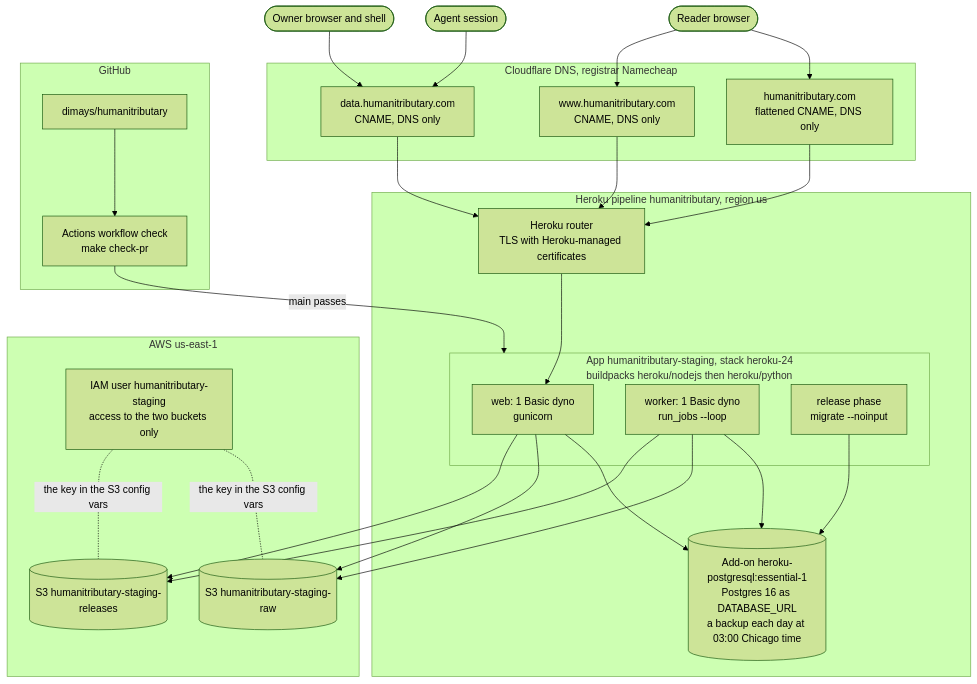
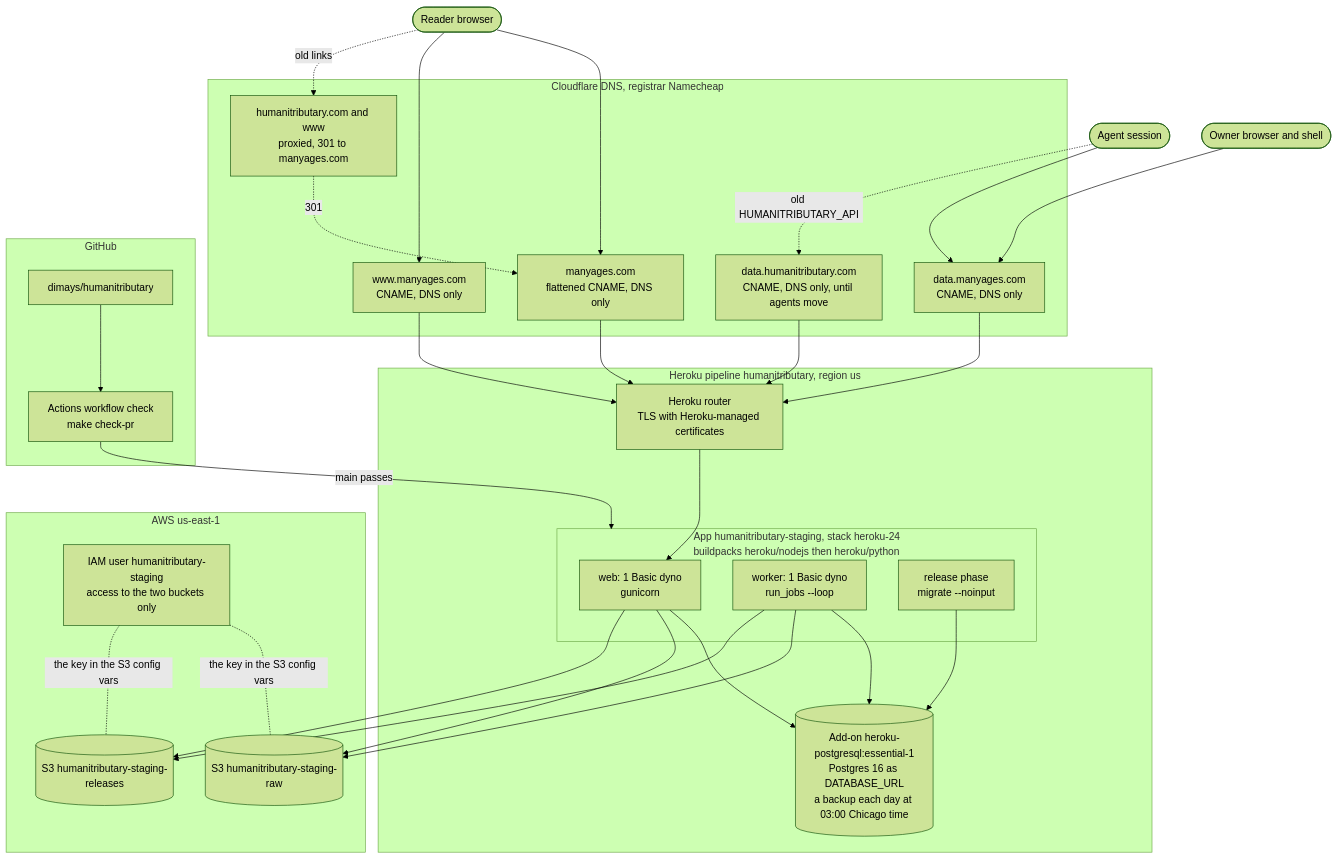
The fourth of 7 diagrams in docs/manual/architecture.md (dimays/humanitributary), drawn with Mermaid (forest theme) before and after one commit. The commit also changed other lines of this file and 44 other files, not shown here.

First line of the commit message:
Rename the site to ManyAges at manyages.com

````diff
--- a/docs/manual/architecture.md
+++ b/docs/manual/architecture.md
@@ -141,39 +141,44 @@
 ```mermaid
 flowchart TB
     reader(["Reader browser"])
     agent(["Agent session"])
     ownerb(["Owner browser and shell"])
     subgraph cf["Cloudflare DNS, registrar Namecheap"]
-        dnsroot["humanitributary.com<br/>flattened CNAME, DNS only"]
-        dnswww["www.humanitributary.com<br/>CNAME, DNS only"]
-        dnsdata["data.humanitributary.com<br/>CNAME, DNS only"]
+        dnsroot["manyages.com<br/>flattened CNAME, DNS only"]
+        dnswww["www.manyages.com<br/>CNAME, DNS only"]
+        dnsdata["data.manyages.com<br/>CNAME, DNS only"]
+        dnsold["humanitributary.com and www<br/>proxied, 301 to manyages.com"]
+        dnsolddata["data.humanitributary.com<br/>CNAME, DNS only, until agents move"]
     end
     subgraph hk["Heroku pipeline humanitributary, region us"]
         router["Heroku router<br/>TLS with Heroku-managed certificates"]
         subgraph app["App humanitributary-staging, stack heroku-24<br/>buildpacks heroku/nodejs then heroku/python"]
             web["web: 1 Basic dyno<br/>gunicorn"]
             worker["worker: 1 Basic dyno<br/>run_jobs --loop"]
             rp["release phase<br/>migrate --noinput"]
         end
         pg[("Add-on heroku-postgresql:essential-1<br/>Postgres 16 as DATABASE_URL<br/>a backup each day at 03:00 Chicago time")]
     end
     subgraph aws["AWS us-east-1"]
         iam["IAM user humanitributary-staging<br/>access to the two buckets only"]
         raw[("S3 humanitributary-staging-raw")]
         rel[("S3 humanitributary-staging-releases")]
     end
     subgraph ghub["GitHub"]
         repo["dimays/humanitributary"]
         ci["Actions workflow check<br/>make check-pr"]
     end
     reader --> dnsroot & dnswww
+    reader -. "old links" .-> dnsold
+    dnsold -. "301" .-> dnsroot
     agent --> dnsdata
+    agent -. "old HUMANITRIBUTARY_API" .-> dnsolddata
     ownerb --> dnsdata
-    dnsroot & dnswww & dnsdata --> router
+    dnsroot & dnswww & dnsdata & dnsolddata --> router
     router --> web
     web & worker & rp --> pg
     web & worker --> raw & rel
     iam -. "the key in the S3 config vars" .- raw & rel
     repo --> ci
     ci -- "main passes" --> app
 ```
````
